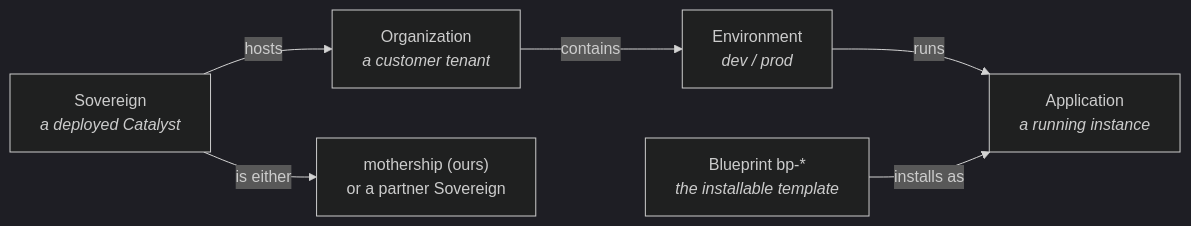
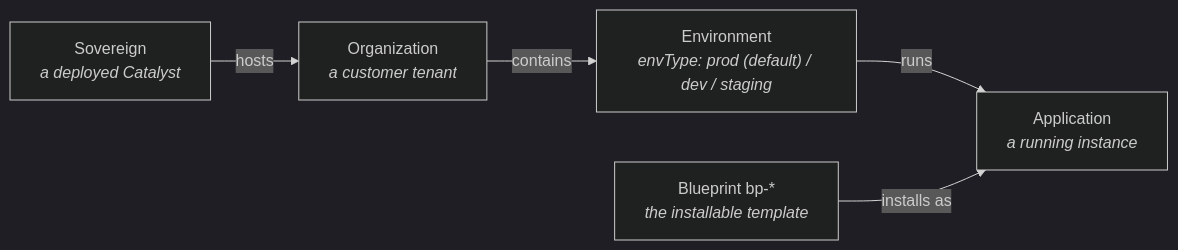
Before and after one commit to openova-io/openova: the second of 16 diagrams in docs/SYSTEM-DESIGN.md, drawn with Mermaid (dark theme). The commit also changed other lines of this file, not shown here.

````diff
--- a/docs/SYSTEM-DESIGN.md
+++ b/docs/SYSTEM-DESIGN.md
@@ -49,8 +57,7 @@
 ```mermaid
 graph LR
   S["Sovereign<br/><i>a deployed Catalyst</i>"] -->|hosts| O["Organization<br/><i>a customer tenant</i>"]
-  O -->|contains| E["Environment<br/><i>dev / prod</i>"]
+  O -->|contains| E["Environment<br/><i>envType: prod (default) / dev / staging</i>"]
   E -->|runs| A["Application<br/><i>a running instance</i>"]
   B["Blueprint bp-*<br/><i>the installable template</i>"] -->|installs as| A
-  S -->|"is either"| M["mothership (ours)<br/>or a partner Sovereign"]
 ```
````
